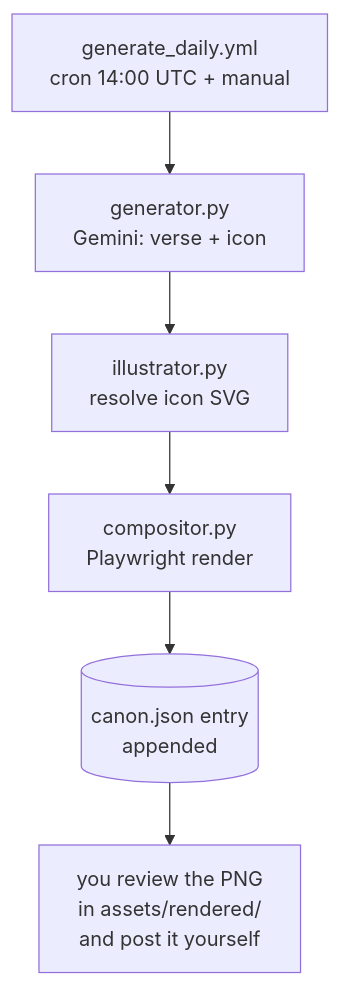
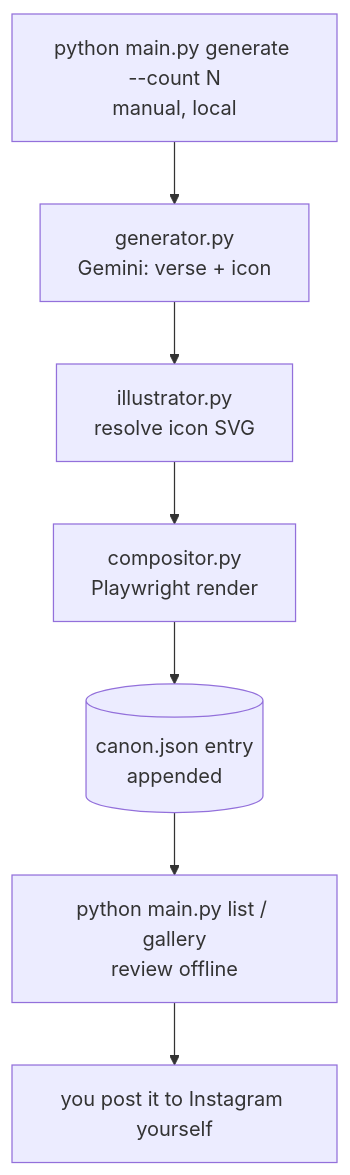
Before and after one commit to ThirtyNimrod/cave-nim: the diagram in docs/architecture.md, drawn with Mermaid. The commit also changed other lines of this file and 9 other files, not shown here.

First line of the commit message:
Go fully offline: batch generate, drop GitHub Actions

````diff
--- a/docs/architecture.md
+++ b/docs/architecture.md
@@ -5,8 +5,9 @@
 ```mermaid
 flowchart TD
-    A["generate_daily.yml<br/>cron 14:00 UTC + manual"] --> B["generator.py<br/>Gemini: verse + icon"]
+    A["python main.py generate --count N<br/>manual, local"] --> B["generator.py<br/>Gemini: verse + icon"]
     B --> C["illustrator.py<br/>resolve icon SVG"]
     C --> D["compositor.py<br/>Playwright render"]
     D --> E[("canon.json entry<br/>appended")]
-    E --> F["you review the PNG<br/>in assets/rendered/<br/>and post it yourself"]
+    E --> F["python main.py list / gallery<br/>review offline"]
+    F --> G["you post it to Instagram yourself"]
 ```
````
